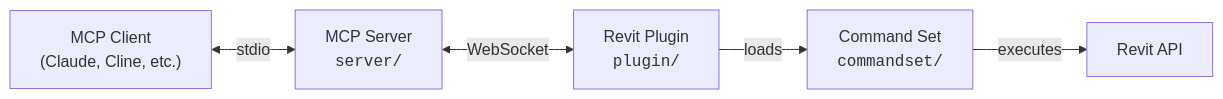
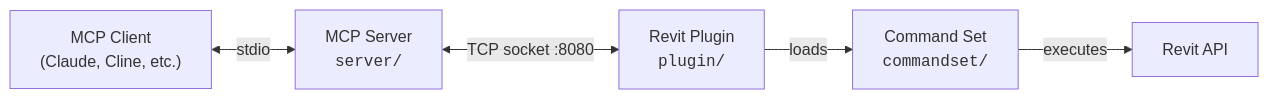
One commit to MohamedKMahdy/mcp-servers-for-revit changed the diagram in README.md. Above: the diagram before and after it, drawn with Mermaid. The commit also changed other lines of this file, not shown here.

````diff
--- a/README.md
+++ b/README.md
@@ -14,13 +28,13 @@
 ```mermaid
 flowchart LR
     Client["MCP Client<br/>(Claude, Cline, etc.)"]
     Server["MCP Server<br/><code>server/</code>"]
     Plugin["Revit Plugin<br/><code>plugin/</code>"]
     CommandSet["Command Set<br/><code>commandset/</code>"]
     Revit["Revit API"]
 
     Client <-->|stdio| Server
-    Server <-->|WebSocket| Plugin
+    Server <-->|TCP socket :8080| Plugin
     Plugin -->|loads| CommandSet
     CommandSet -->|executes| Revit
 ```
````
